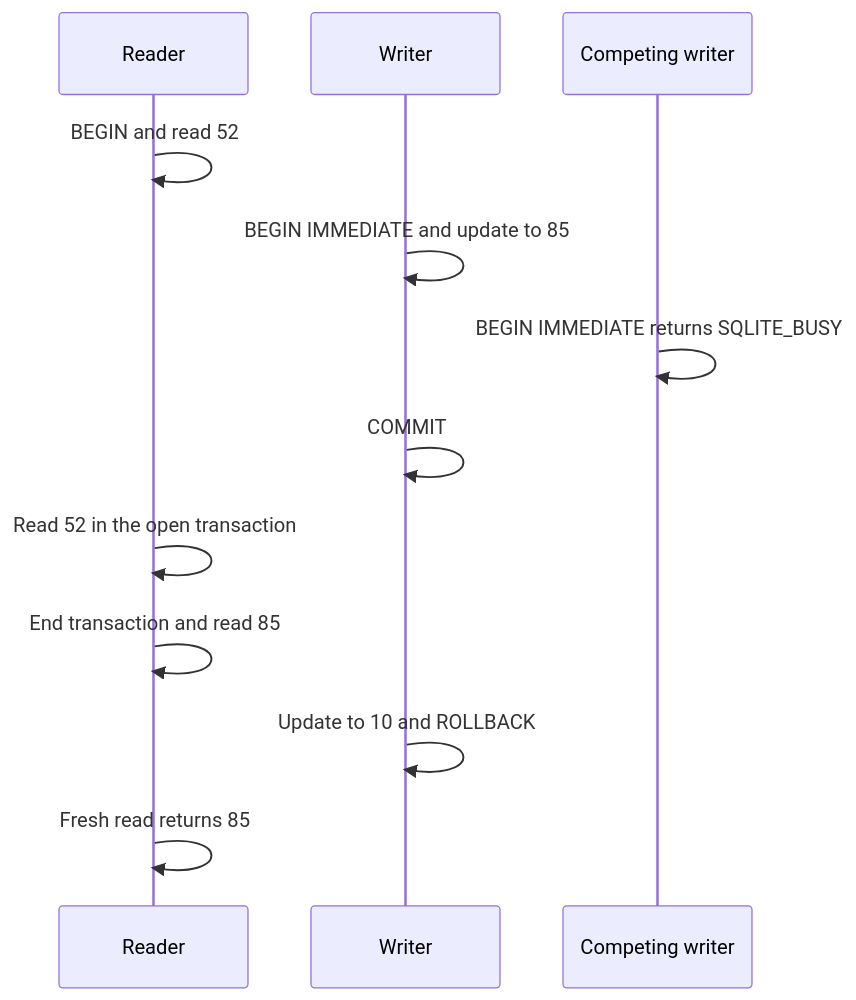
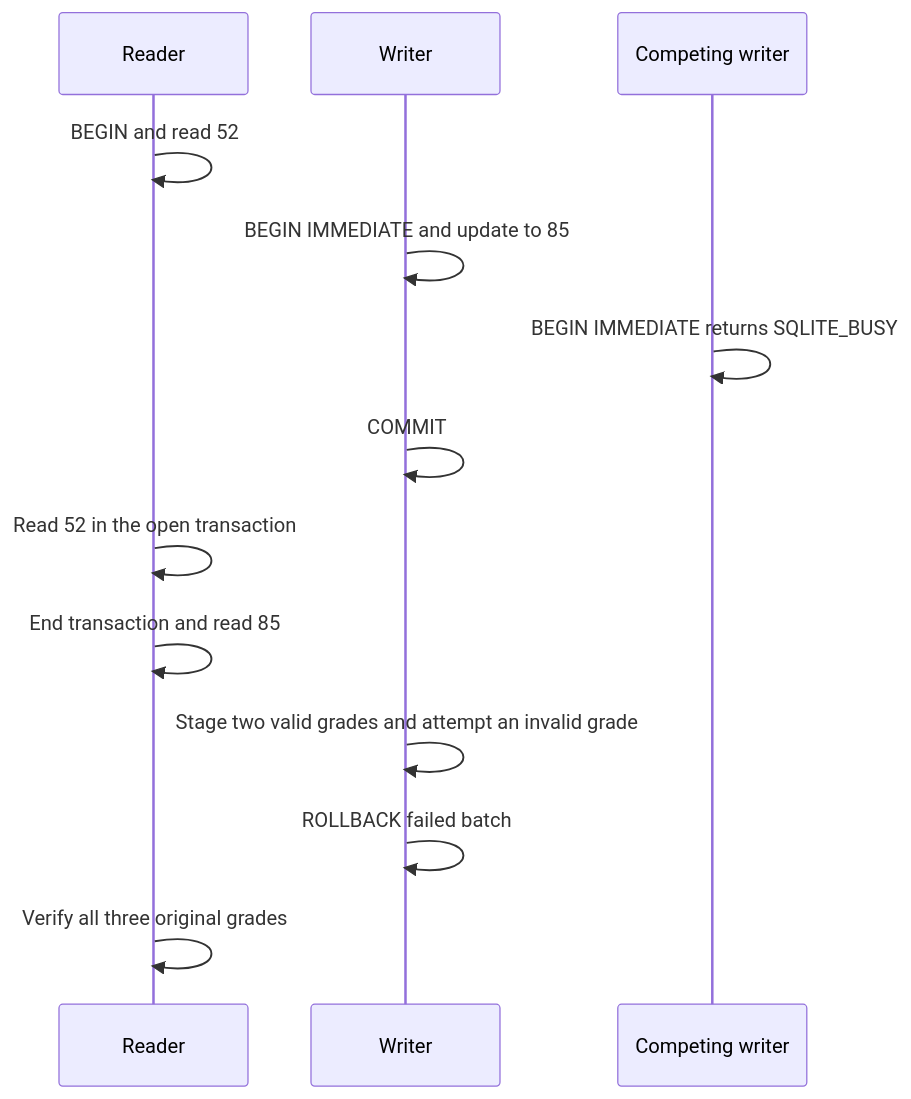
The diagram in portfolio-3-transactions-concurrency/README.md (egunjobirafiat-cell/mit8103-database-portfolio), drawn with Mermaid before and after one commit. The commit also changed other lines of this file and 10 other files, not shown here.

Commit message:
feat: enforce course-term trigger constraints, multi-threaded WAL reads, and batch rollback

````diff
--- a/portfolio-3-transactions-concurrency/README.md
+++ b/portfolio-3-transactions-concurrency/README.md
@@ -43,14 +43,15 @@
 ```mermaid
 sequenceDiagram
     participant Reader
     participant Writer
     participant Competitor as Competing writer
     Reader->>Reader: BEGIN and read 52
     Writer->>Writer: BEGIN IMMEDIATE and update to 85
     Competitor->>Competitor: BEGIN IMMEDIATE returns SQLITE_BUSY
     Writer->>Writer: COMMIT
     Reader->>Reader: Read 52 in the open transaction
     Reader->>Reader: End transaction and read 85
-    Writer->>Writer: Update to 10 and ROLLBACK
-    Reader->>Reader: Fresh read returns 85
+    Writer->>Writer: Stage two valid grades and attempt an invalid grade
+    Writer->>Writer: ROLLBACK failed batch
+    Reader->>Reader: Verify all three original grades
 ```
````
